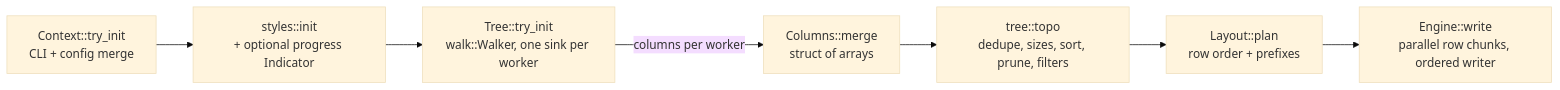
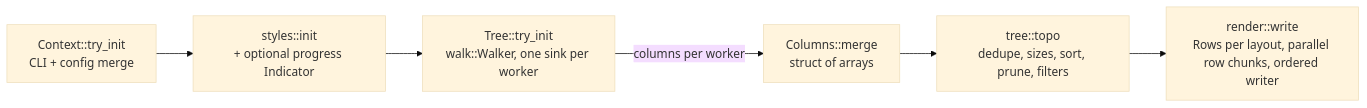
Before and after one commit to jeiang/erdtree: the diagram in AGENTS.md, drawn with Mermaid (base theme). The commit also changed other lines of this file and 13 other files, not shown here.

````diff
--- a/AGENTS.md
+++ b/AGENTS.md
@@ -11,9 +11,8 @@
 ```mermaid
 flowchart LR
   A[Context::try_init<br/>CLI + config merge] --> B[styles::init<br/>+ optional progress Indicator]
   B --> C[Tree::try_init<br/>walk::Walker, one sink per worker]
   C -->|columns per worker| D[Columns::merge<br/>struct of arrays]
   D --> E[tree::topo<br/>dedupe, sizes, sort, prune, filters]
-  E --> F[Layout::plan<br/>row order + prefixes]
-  F --> G[Engine::write<br/>parallel row chunks, ordered writer]
+  E --> F[render::write<br/>Rows per layout, parallel row chunks, ordered writer]
 ```
````
